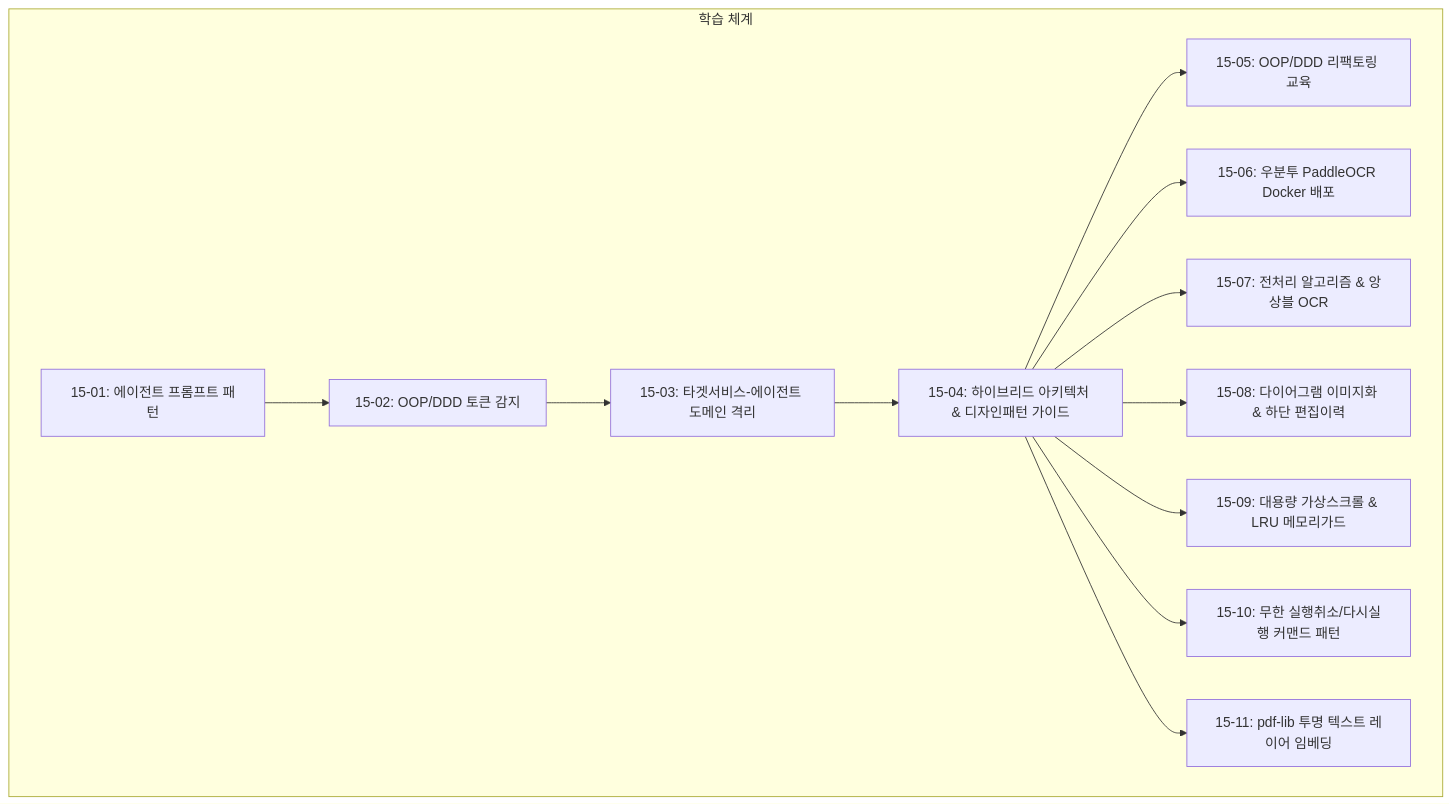
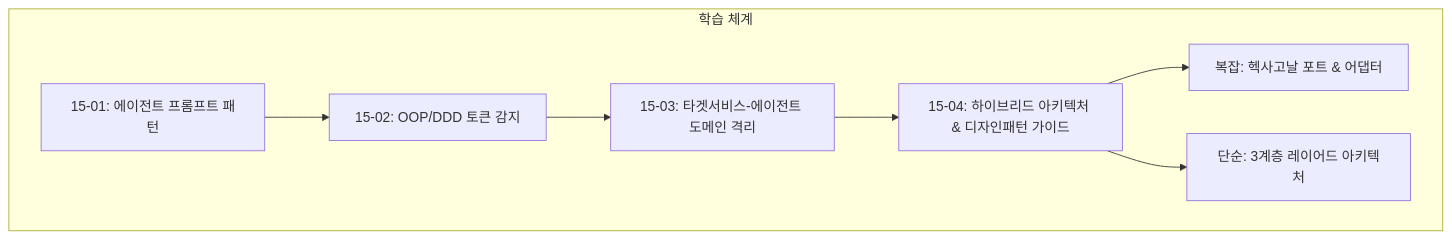
One commit to jkoogit/purePDFrend changed the diagram in docs/15.학습/README_학습.md. Above: the diagram before and after it, drawn with Mermaid. The commit also changed other lines of this file and 208 other files, not shown here.

````diff
--- a/docs/15.학습/README_학습.md
+++ b/docs/15.학습/README_학습.md
@@ -30,15 +16,10 @@
 ```mermaid
 graph TD
     subgraph 학습 체계
         L1[15-01: 에이전트 프롬프트 패턴] --> L2[15-02: OOP/DDD 토큰 감지]
         L2 --> L3[15-03: 타겟서비스-에이전트 도메인 격리]
         L3 --> L4[15-04: 하이브리드 아키텍처 & 디자인패턴 가이드]
-        L4 --> L5[15-05: OOP/DDD 리팩토링 교육]
-        L4 --> L6[15-06: 우분투 PaddleOCR Docker 배포]
-        L4 --> L7[15-07: 전처리 알고리즘 & 앙상블 OCR]
-        L4 --> L8[15-08: 다이어그램 이미지화 & 하단 편집이력]
-        L4 --> L9[15-09: 대용량 가상스크롤 & LRU 메모리가드]
-        L4 --> L10[15-10: 무한 실행취소/다시실행 커맨드 패턴]
-        L4 --> L11[15-11: pdf-lib 투명 텍스트 레이어 임베딩]
+        L4 --> Hexagonal[복잡: 헥사고날 포트 & 어댑터]
+        L4 --> Layered[단순: 3계층 레이어드 아키텍처]
     end
 ```
````
